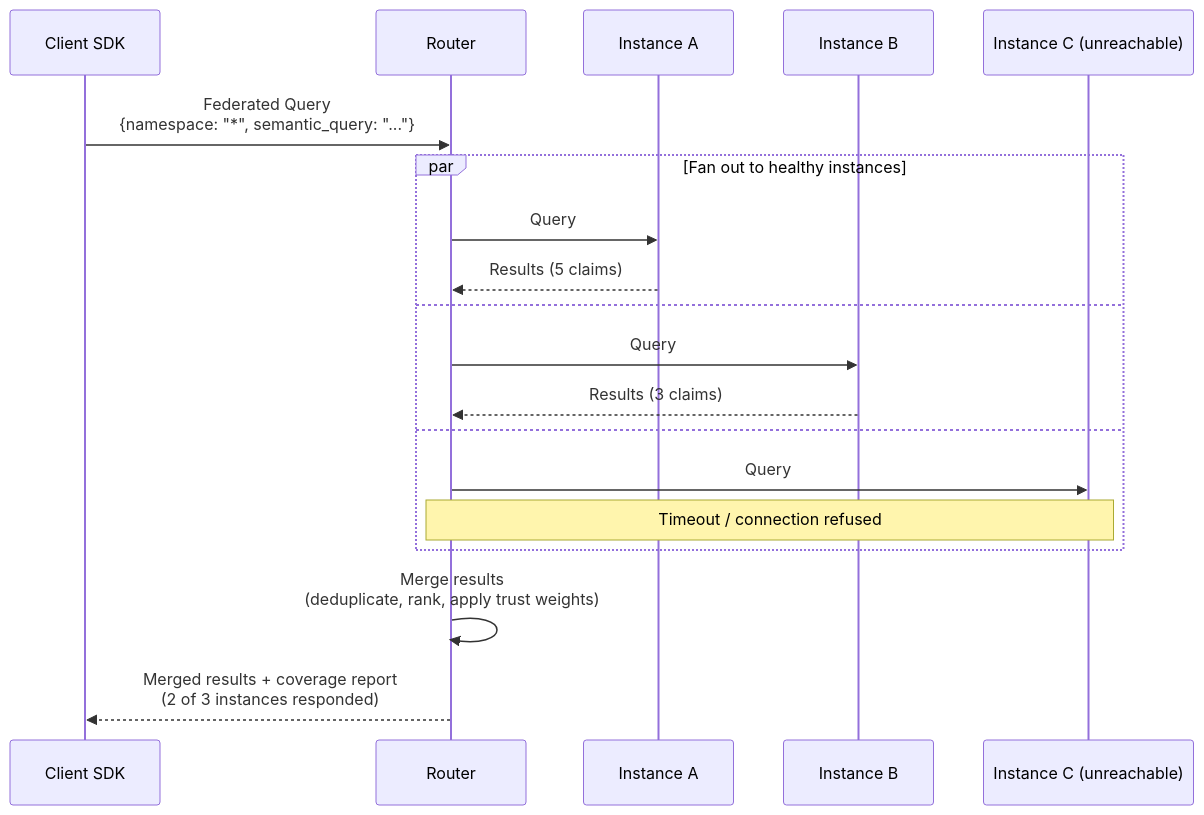
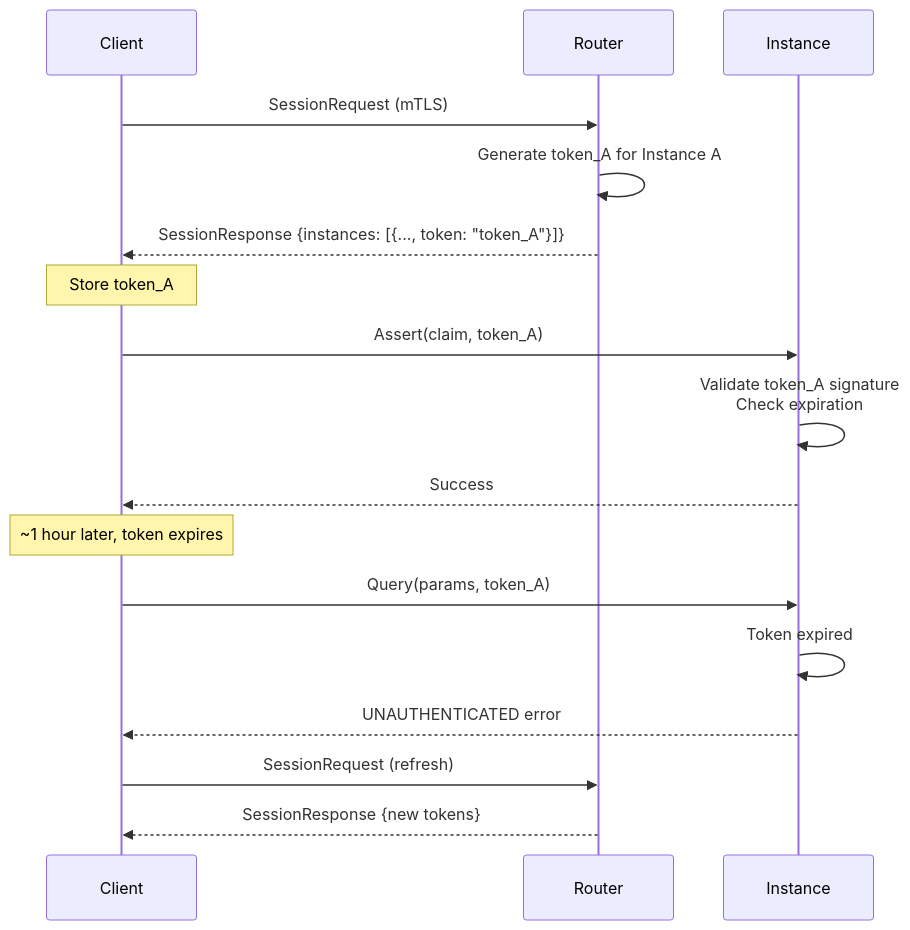
The fourth of 5 diagrams in docs/architecture/09-router.md (JDRay42/Boswell), drawn with Mermaid before and after one commit. The commit also changed other lines of this file and 9 other files, not shown here.

First line of the commit message:
docs(arch): align subsystem docs with Router and token architecture changes

````diff
--- a/docs/architecture/09-router.md
+++ b/docs/architecture/09-router.md
@@ -151,24 +175,25 @@
 ```mermaid
 sequenceDiagram
-    participant SDK as Client SDK
+    participant Client
     participant Router
-    participant A as Instance A
-    participant B as Instance B
-    participant C as Instance C (unreachable)
+    participant Instance
 
-    SDK->>Router: Federated Query<br/>{namespace: "*", semantic_query: "..."}
-
-    par Fan out to healthy instances
-        Router->>A: Query
-        A-->>Router: Results (5 claims)
-    and
-        Router->>B: Query
-        B-->>Router: Results (3 claims)
-    and
-        Router->>C: Query
-        Note over Router,C: Timeout / connection refused
-    end
-
-    Router->>Router: Merge results<br/>(deduplicate, rank, apply trust weights)
-    Router-->>SDK: Merged results + coverage report<br/>(2 of 3 instances responded)
+    Client->>Router: SessionRequest (mTLS)
+    Router->>Router: Generate token_A for Instance A
+    Router-->>Client: SessionResponse {instances: [{..., token: "token_A"}]}
+    
+    Note over Client: Store token_A
+    
+    Client->>Instance: Assert(claim, token_A)
+    Instance->>Instance: Validate token_A signature<br/>Check expiration
+    Instance-->>Client: Success
+    
+    Note over Client: ~1 hour later, token expires
+    
+    Client->>Instance: Query(params, token_A)
+    Instance->>Instance: Token expired
+    Instance-->>Client: UNAUTHENTICATED error
+    
+    Client->>Router: SessionRequest (refresh)
+    Router-->>Client: SessionResponse {new tokens}
 ```
````
